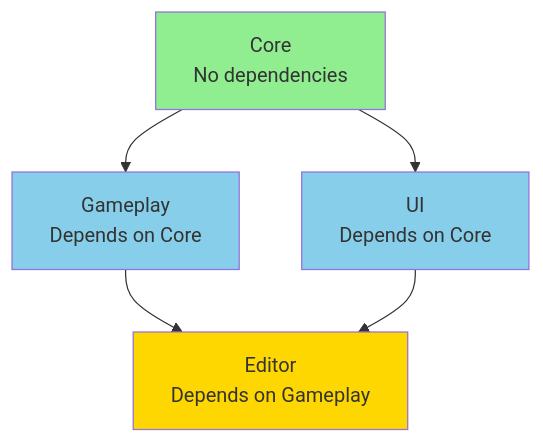
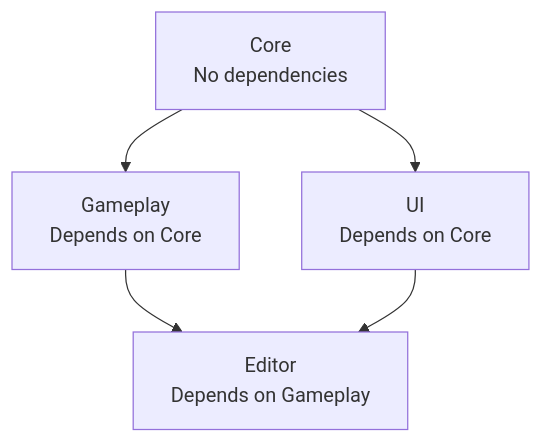
One commit to wallstop/unity-tips changed the third of 9 diagrams in docs/assembly-definitions/01-getting-started.md. Above: the diagram before and after it, drawn with Mermaid. The commit also changed other lines of this file and 27 other files, not shown here.

Commit message:
Convert ASCII diagrams to Mermaid format (#30)

````diff
--- a/docs/assembly-definitions/01-getting-started.md
+++ b/docs/assembly-definitions/01-getting-started.md
@@ -192,12 +187,8 @@
 ```mermaid
 graph TD
     A[Core<br/>No dependencies] --> B[Gameplay<br/>Depends on Core]
     A --> C[UI<br/>Depends on Core]
     B --> D[Editor<br/>Depends on Gameplay]
     C --> D
 
-    style A fill:#90EE90
-    style B fill:#87CEEB
-    style C fill:#87CEEB
-    style D fill:#FFD700
 ```
````
